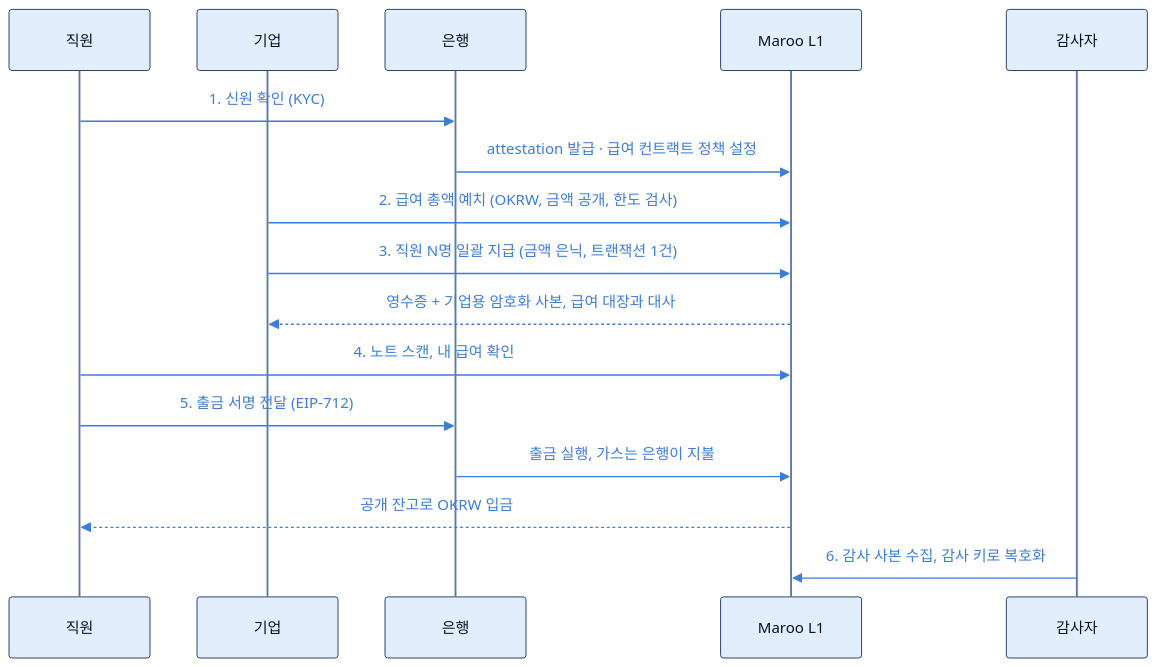
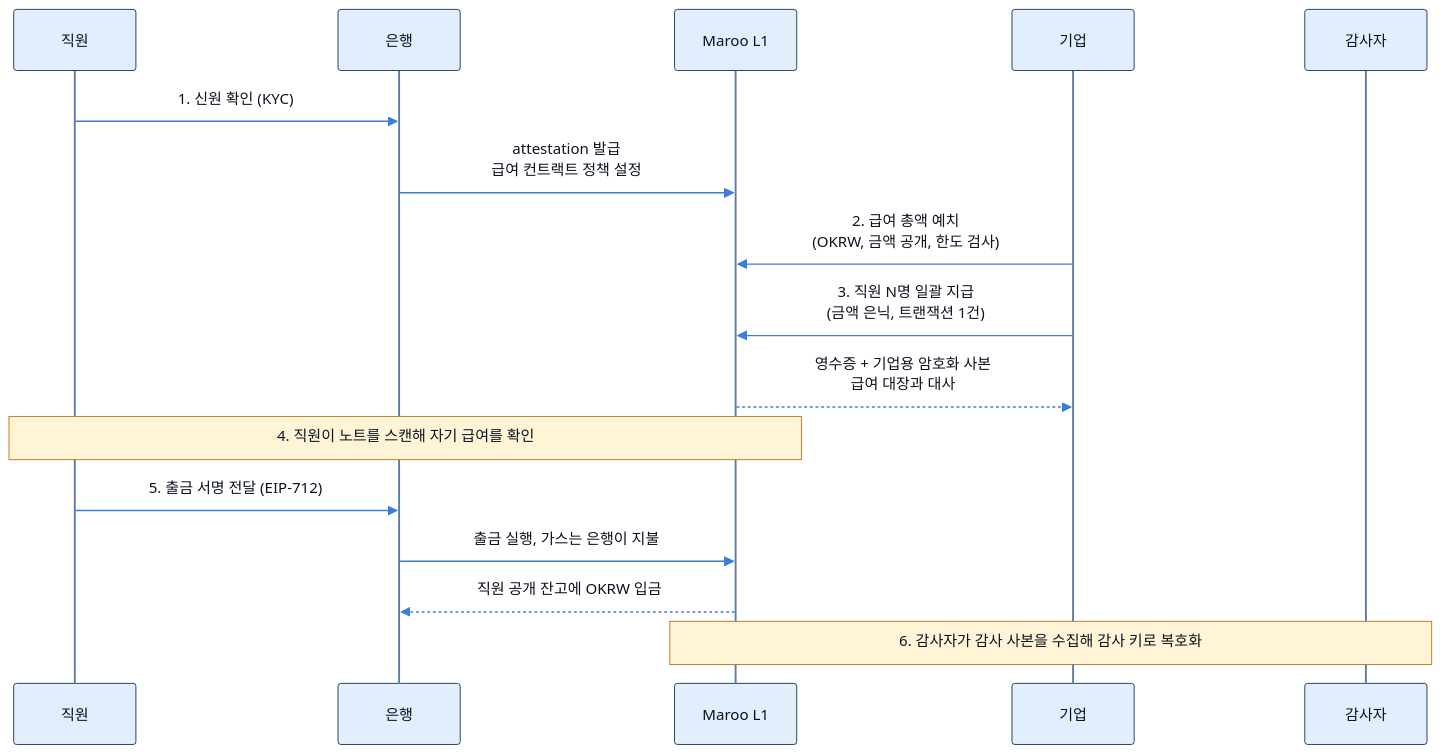
The diagram in docs/diagrams/payroll-overview.md (ghwo336/maroo-institutional-integration-guide), drawn with Mermaid before and after one commit. The commit also changed 2 other files, not shown here.

Commit message:
급여 시퀀스 다이어그램 참여자 순서 재배치, 라벨과 생명선 겹침 제거

````diff
--- a/docs/diagrams/payroll-overview.md
+++ b/docs/diagrams/payroll-overview.md
@@ -1,20 +1,20 @@
 ```mermaid
-%%{init: {'theme': 'base', 'themeVariables': {'fontSize': '16px', 'primaryColor': '#ffffff', 'primaryTextColor': '#0b1220', 'primaryBorderColor': '#1f3a5f', 'secondaryColor': '#e3eefc', 'tertiaryColor': '#fff4d6', 'lineColor': '#3b7dd8', 'textColor': '#0b1220', 'edgeLabelBackground': '#ffffff', 'clusterBkg': '#eef3fa', 'clusterBorder': '#5b7ba6', 'titleColor': '#0b1220', 'actorBkg': '#e3eefc', 'actorBorder': '#1f3a5f', 'actorTextColor': '#0b1220', 'actorLineColor': '#5b7ba6', 'signalColor': '#3b7dd8', 'signalTextColor': '#3b7dd8', 'noteBkgColor': '#fff4d6', 'noteBorderColor': '#b7791f', 'noteTextColor': '#0b1220', 'labelBoxBkgColor': '#e3eefc', 'labelBoxBorderColor': '#1f3a5f', 'labelTextColor': '#0b1220', 'loopTextColor': '#0b1220', 'sequenceNumberColor': '#ffffff', 'activationBkgColor': '#fff4d6'}}}%%
+%%{init: {'theme': 'base', 'themeVariables': {'fontSize': '16px', 'primaryColor': '#ffffff', 'primaryTextColor': '#0b1220', 'primaryBorderColor': '#1f3a5f', 'lineColor': '#3b7dd8', 'textColor': '#0b1220', 'actorBkg': '#e3eefc', 'actorBorder': '#1f3a5f', 'actorTextColor': '#0b1220', 'actorLineColor': '#5b7ba6', 'signalColor': '#3b7dd8', 'signalTextColor': '#0b1220', 'noteBkgColor': '#fff4d6', 'noteBorderColor': '#b7791f', 'noteTextColor': '#0b1220', 'sequenceNumberColor': '#ffffff'}, 'sequence': {'actorMargin': 140, 'width': 130, 'messageMargin': 40, 'noteMargin': 12}}}%%
 sequenceDiagram
   participant EMP as 직원
-  participant CORP as 기업
   participant BANK as 은행
   participant CHAIN as Maroo L1
+  participant CORP as 기업
   participant AUD as 감사자
 
   EMP->>BANK: 1. 신원 확인 (KYC)
-  BANK->>CHAIN: attestation 발급 · 급여 컨트랙트 정책 설정
-  CORP->>CHAIN: 2. 급여 총액 예치 (OKRW, 금액 공개, 한도 검사)
-  CORP->>CHAIN: 3. 직원 N명 일괄 지급 (금액 은닉, 트랜잭션 1건)
-  CHAIN-->>CORP: 영수증 + 기업용 암호화 사본, 급여 대장과 대사
-  EMP->>CHAIN: 4. 노트 스캔, 내 급여 확인
+  BANK->>CHAIN: attestation 발급<br/>급여 컨트랙트 정책 설정
+  CORP->>CHAIN: 2. 급여 총액 예치<br/>(OKRW, 금액 공개, 한도 검사)
+  CORP->>CHAIN: 3. 직원 N명 일괄 지급<br/>(금액 은닉, 트랜잭션 1건)
+  CHAIN-->>CORP: 영수증 + 기업용 암호화 사본<br/>급여 대장과 대사
+  Note over EMP,CHAIN: 4. 직원이 노트를 스캔해 자기 급여를 확인
   EMP->>BANK: 5. 출금 서명 전달 (EIP-712)
   BANK->>CHAIN: 출금 실행, 가스는 은행이 지불
-  CHAIN-->>EMP: 공개 잔고로 OKRW 입금
-  AUD->>CHAIN: 6. 감사 사본 수집, 감사 키로 복호화
+  CHAIN-->>BANK: 직원 공개 잔고에 OKRW 입금
+  Note over CHAIN,AUD: 6. 감사자가 감사 사본을 수집해 감사 키로 복호화
 ```
````
